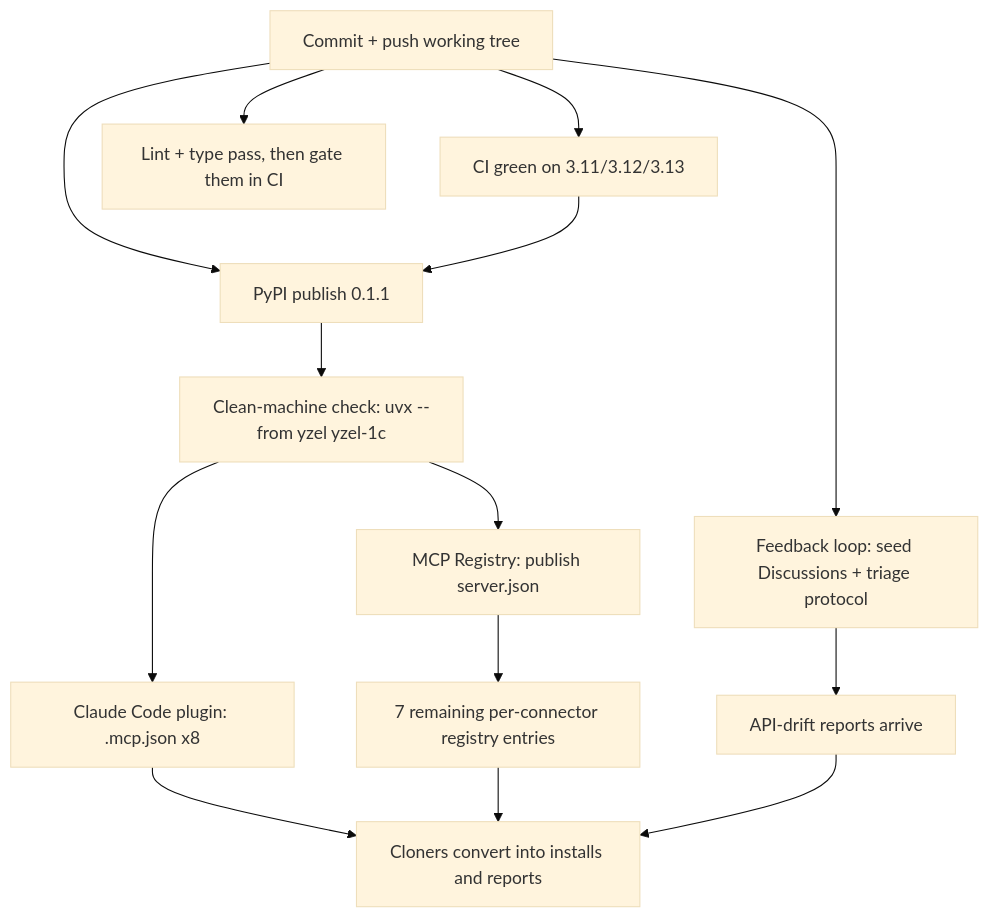
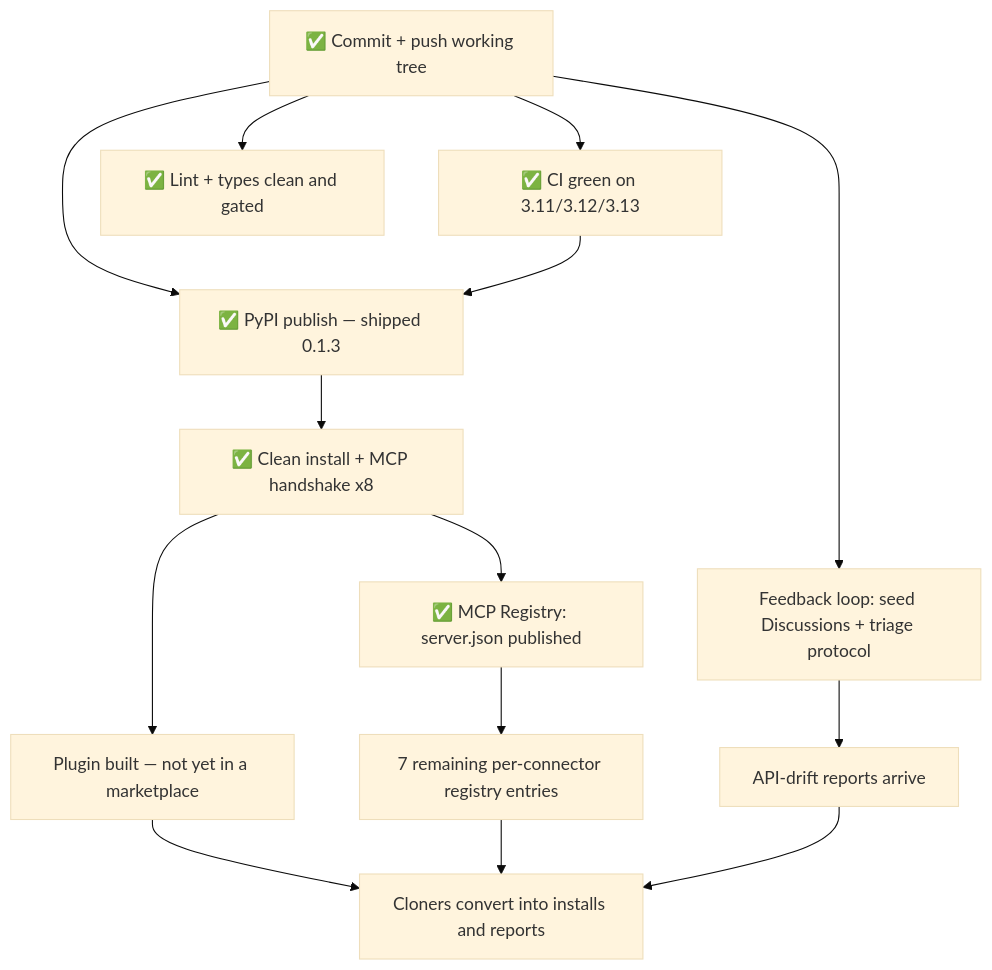
One commit to Aiyo28/yzel changed the diagram in docs/DISTRIBUTION.md. Above: the diagram before and after it, drawn with Mermaid (base theme). The commit also changed other lines of this file and 3 other files, not shown here.

````diff
--- a/docs/DISTRIBUTION.md
+++ b/docs/DISTRIBUTION.md
@@ -47,16 +50,16 @@
 ```mermaid
 graph TD
-  R[Commit + push working tree] --> CI[CI green on 3.11/3.12/3.13]
-  R --> PYPI[PyPI publish 0.1.1]
+  R[✅ Commit + push working tree] --> CI[✅ CI green on 3.11/3.12/3.13]
+  R --> PYPI[✅ PyPI publish — shipped 0.1.3]
   CI --> PYPI
-  PYPI --> SMOKE[Clean-machine check: uvx --from yzel yzel-1c]
-  SMOKE --> REG[MCP Registry: publish server.json]
-  SMOKE --> PLUG[Claude Code plugin: .mcp.json x8]
+  PYPI --> SMOKE[✅ Clean install + MCP handshake x8]
+  SMOKE --> REG[✅ MCP Registry: server.json published]
+  SMOKE --> PLUG[Plugin built — not yet in a marketplace]
   REG --> REG7[7 remaining per-connector registry entries]
   R --> FEED[Feedback loop: seed Discussions + triage protocol]
   FEED --> DRIFT[API-drift reports arrive]
-  R --> LINT[Lint + type pass, then gate them in CI]
+  R --> LINT[✅ Lint + types clean and gated]
   PLUG --> CONV[Cloners convert into installs and reports]
   REG7 --> CONV
   DRIFT --> CONV
 ```
````
